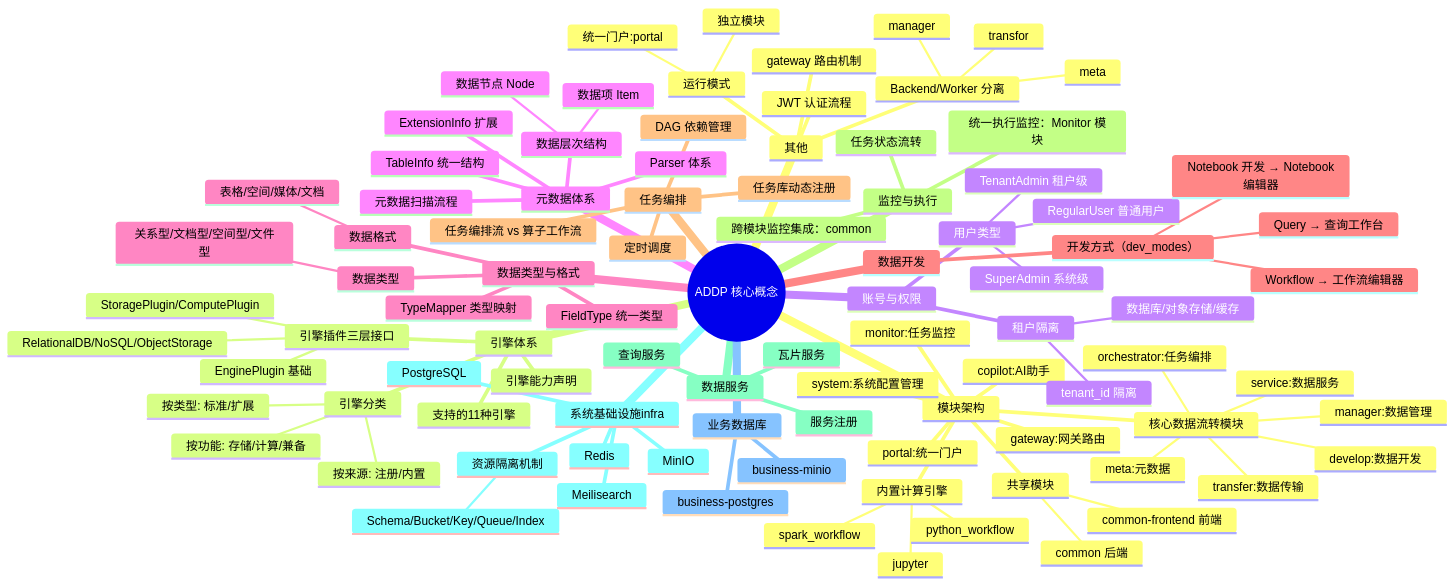
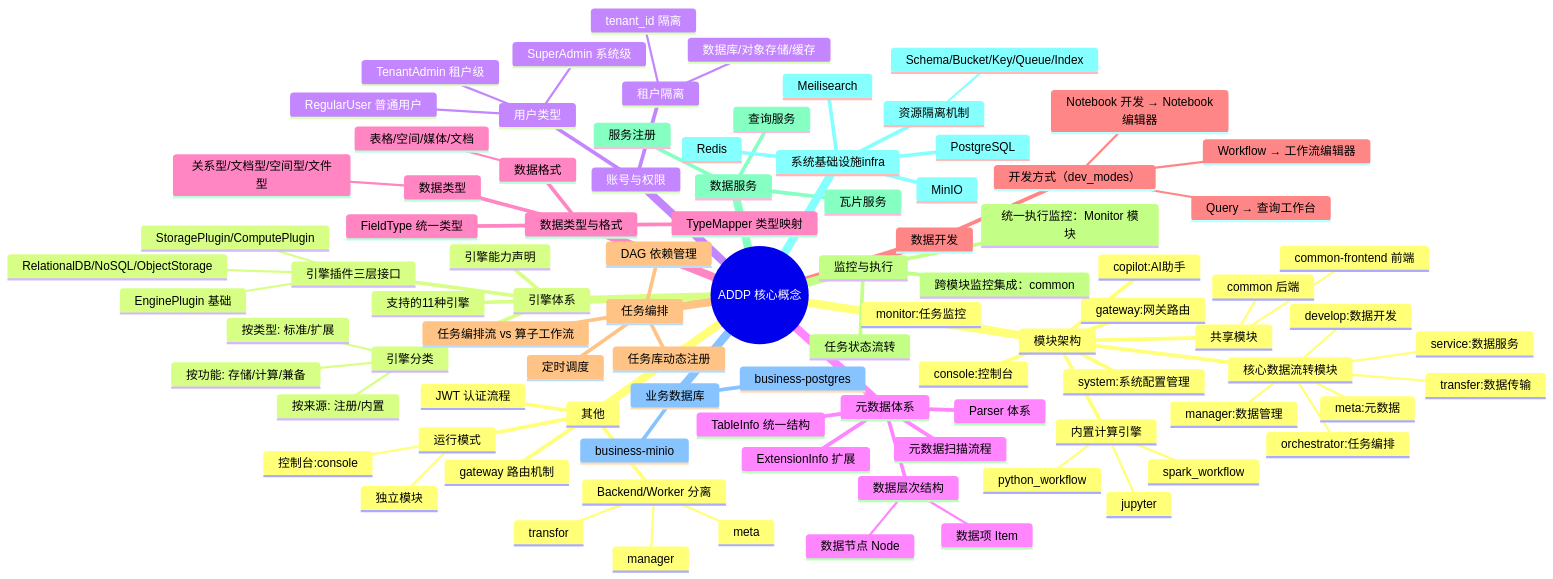
One commit to pampa0629/addp changed the first of 2 diagrams in docs/addp核心概念关系图.md. Above: the diagram before and after it, drawn with Mermaid. The commit also changed other lines of this file and 253 other files, not shown here.

```diff
--- a/docs/addp核心概念关系图.md
+++ b/docs/addp核心概念关系图.md
@@ -20,7 +20,7 @@
 mindmap
   root((ADDP 核心概念))
     模块架构
-      portal:统一门户
+      console:控制台
       gateway:网关路由
       system:系统配置管理
       核心数据流转模块        
@@ -105,7 +105,7 @@
       JWT 认证流程
       gateway 路由机制
       运行模式
-        统一门户:portal
+        控制台:console
         独立模块
       Backend/Worker 分离
         transfor
```
